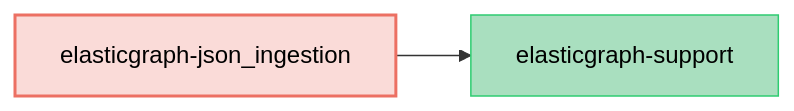
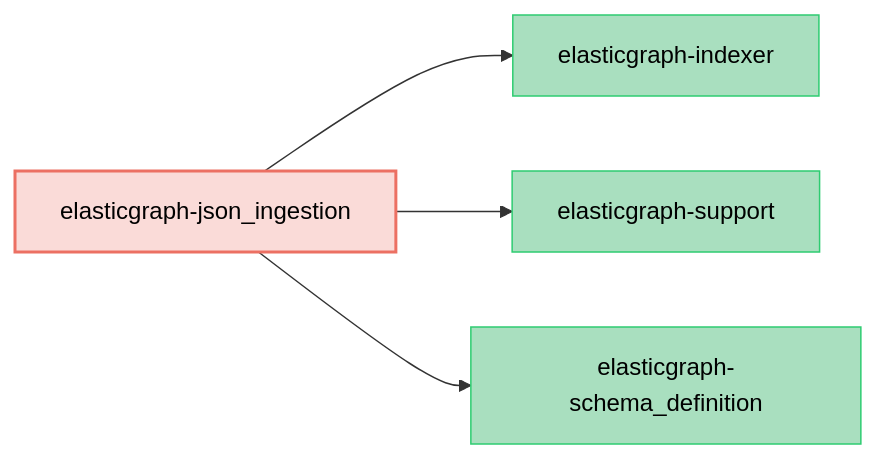
One commit to block/elasticgraph changed the diagram in elasticgraph-json_ingestion/README.md. Above: the diagram before and after it, drawn with Mermaid. The commit also changed other lines of this file and 53 other files, not shown here.

First line of the commit message:
Move JSON ingestion into elasticgraph-json_ingestion via an indexer extension (#1302)

````diff
--- a/elasticgraph-json_ingestion/README.md
+++ b/elasticgraph-json_ingestion/README.md
@@ -107,11 +120,17 @@
 ```mermaid
 graph LR;
     classDef targetGemStyle fill:#FADBD8,stroke:#EC7063,color:#000,stroke-width:2px;
     classDef otherEgGemStyle fill:#A9DFBF,stroke:#2ECC71,color:#000;
     classDef externalGemStyle fill:#E0EFFF,stroke:#70A1D7,color:#2980B9;
     elasticgraph-json_ingestion["elasticgraph-json_ingestion"];
     class elasticgraph-json_ingestion targetGemStyle;
+    elasticgraph-indexer["elasticgraph-indexer"];
+    elasticgraph-json_ingestion --> elasticgraph-indexer;
+    class elasticgraph-indexer otherEgGemStyle;
     elasticgraph-support["elasticgraph-support"];
     elasticgraph-json_ingestion --> elasticgraph-support;
     class elasticgraph-support otherEgGemStyle;
+    elasticgraph-schema_definition["elasticgraph-schema_definition"];
+    elasticgraph-json_ingestion --> elasticgraph-schema_definition;
+    class elasticgraph-schema_definition otherEgGemStyle;
 ```
````
